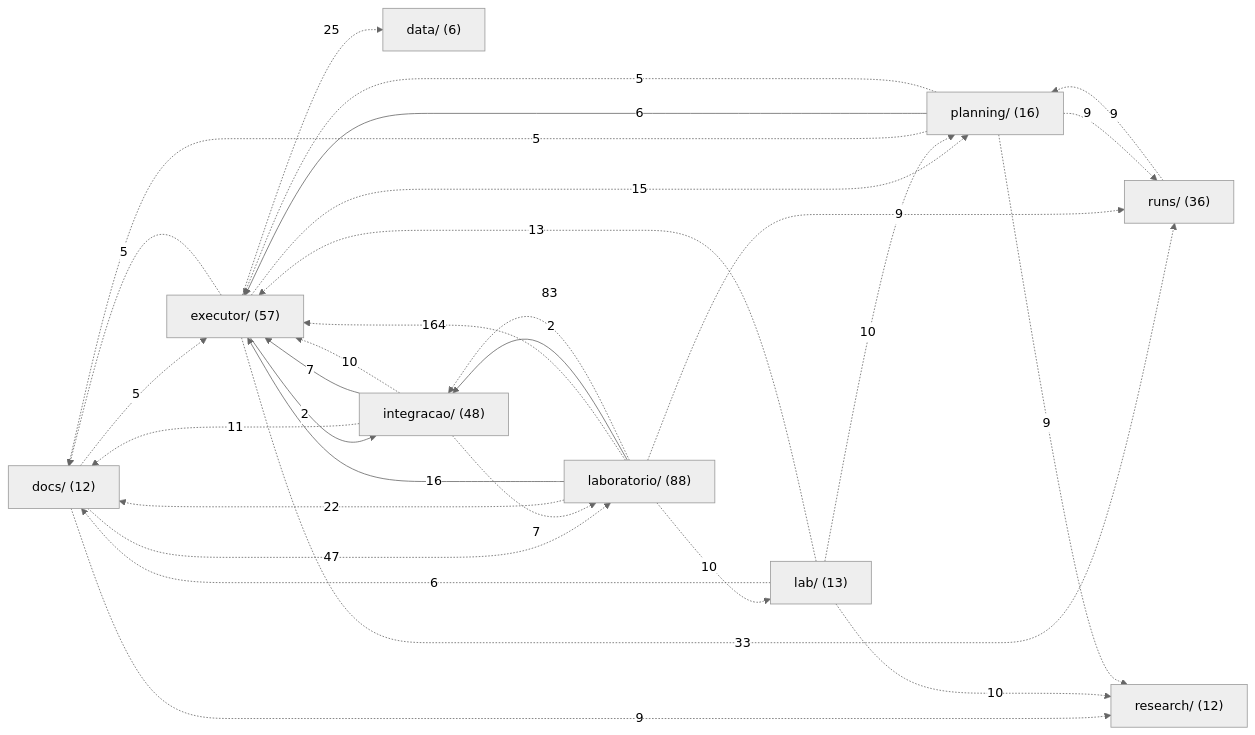
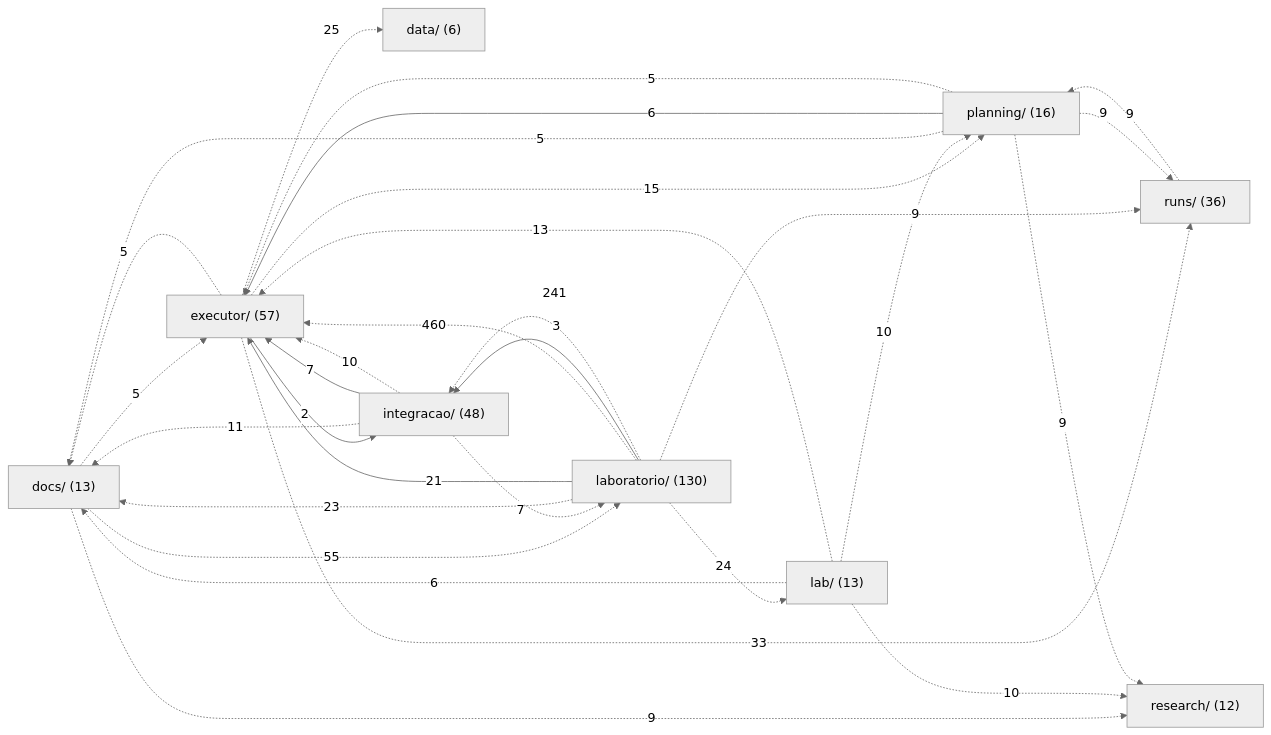
Before and after one commit to igormorais123/JEV: the second of 3 diagrams in MAPA.md, drawn with Mermaid (neutral theme). The commit also changed other lines of this file and 44 other files, not shown here.

````diff
--- a/MAPA.md
+++ b/MAPA.md
@@ -142,41 +146,41 @@
 ```mermaid
 flowchart LR
   n_data["data/ (6)"]
-  n_docs["docs/ (12)"]
+  n_docs["docs/ (13)"]
   n_executor["executor/ (57)"]
   n_integracao["integracao/ (48)"]
   n_lab["lab/ (13)"]
-  n_laboratorio["laboratorio/ (88)"]
+  n_laboratorio["laboratorio/ (130)"]
   n_planning["planning/ (16)"]
   n_research["research/ (12)"]
   n_runs["runs/ (36)"]
   n_docs -.->|5| n_executor
-  n_docs -.->|47| n_laboratorio
+  n_docs -.->|55| n_laboratorio
   n_docs -.->|9| n_research
   n_executor -.->|25| n_data
   n_executor -.->|5| n_docs
   n_executor -->|2| n_integracao
   n_executor -.->|15| n_planning
   n_executor -.->|33| n_runs
   n_integracao -.->|11| n_docs
   n_integracao -->|7| n_executor
   n_integracao -.->|10| n_executor
   n_integracao -.->|7| n_laboratorio
   n_lab -.->|6| n_docs
   n_lab -.->|13| n_executor
   n_lab -.->|10| n_planning
   n_lab -.->|10| n_research
-  n_laboratorio -.->|22| n_docs
-  n_laboratorio -->|16| n_executor
-  n_laboratorio -.->|164| n_executor
-  n_laboratorio -->|2| n_integracao
-  n_laboratorio -.->|83| n_integracao
-  n_laboratorio -.->|10| n_lab
+  n_laboratorio -.->|23| n_docs
+  n_laboratorio -->|21| n_executor
+  n_laboratorio -.->|460| n_executor
+  n_laboratorio -->|3| n_integracao
+  n_laboratorio -.->|241| n_integracao
+  n_laboratorio -.->|24| n_lab
   n_laboratorio -.->|9| n_runs
   n_planning -.->|5| n_docs
   n_planning -->|6| n_executor
   n_planning -.->|5| n_executor
   n_planning -.->|9| n_research
   n_planning -.->|9| n_runs
   n_runs -.->|9| n_planning
 ```
````
